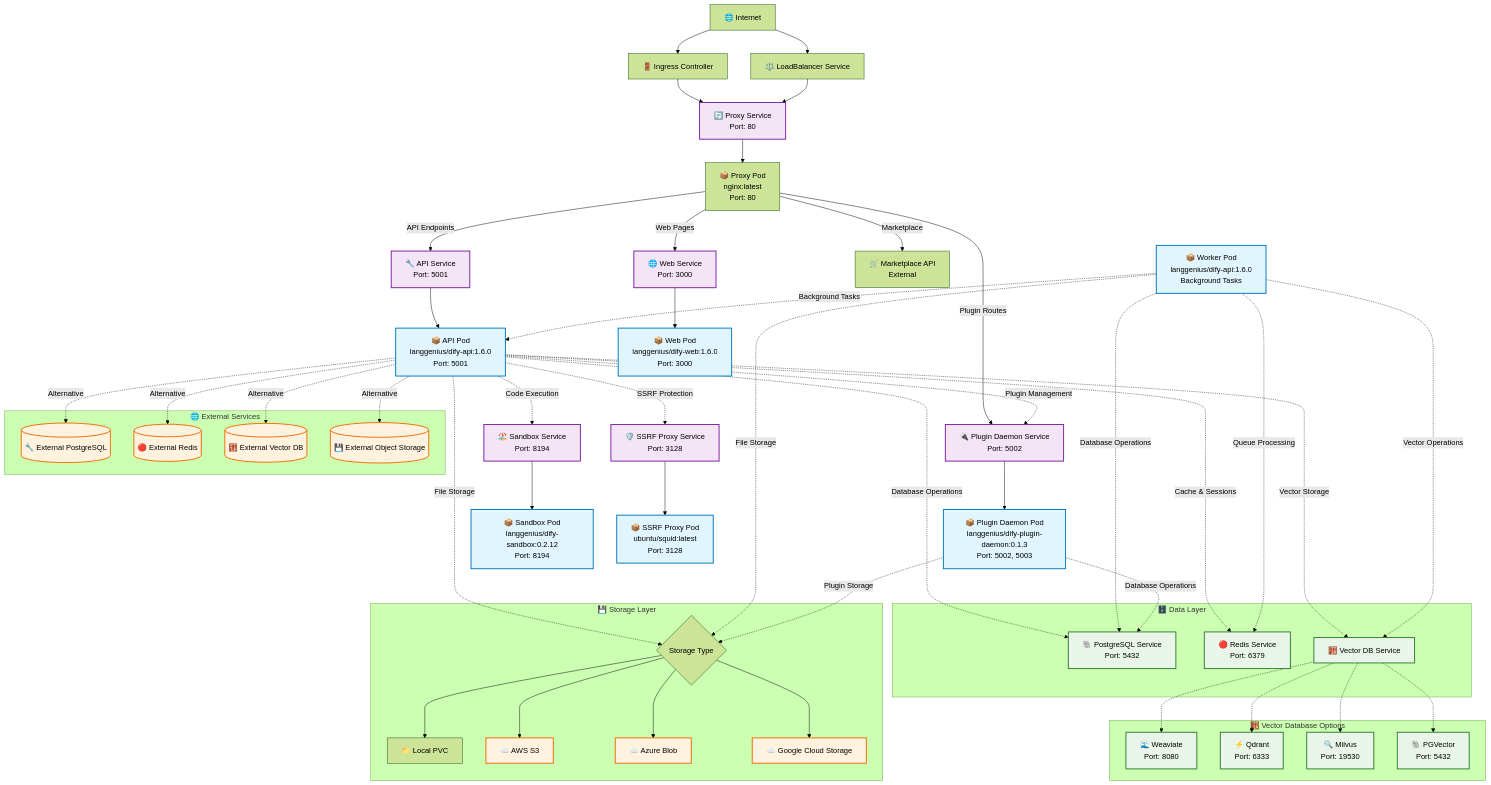
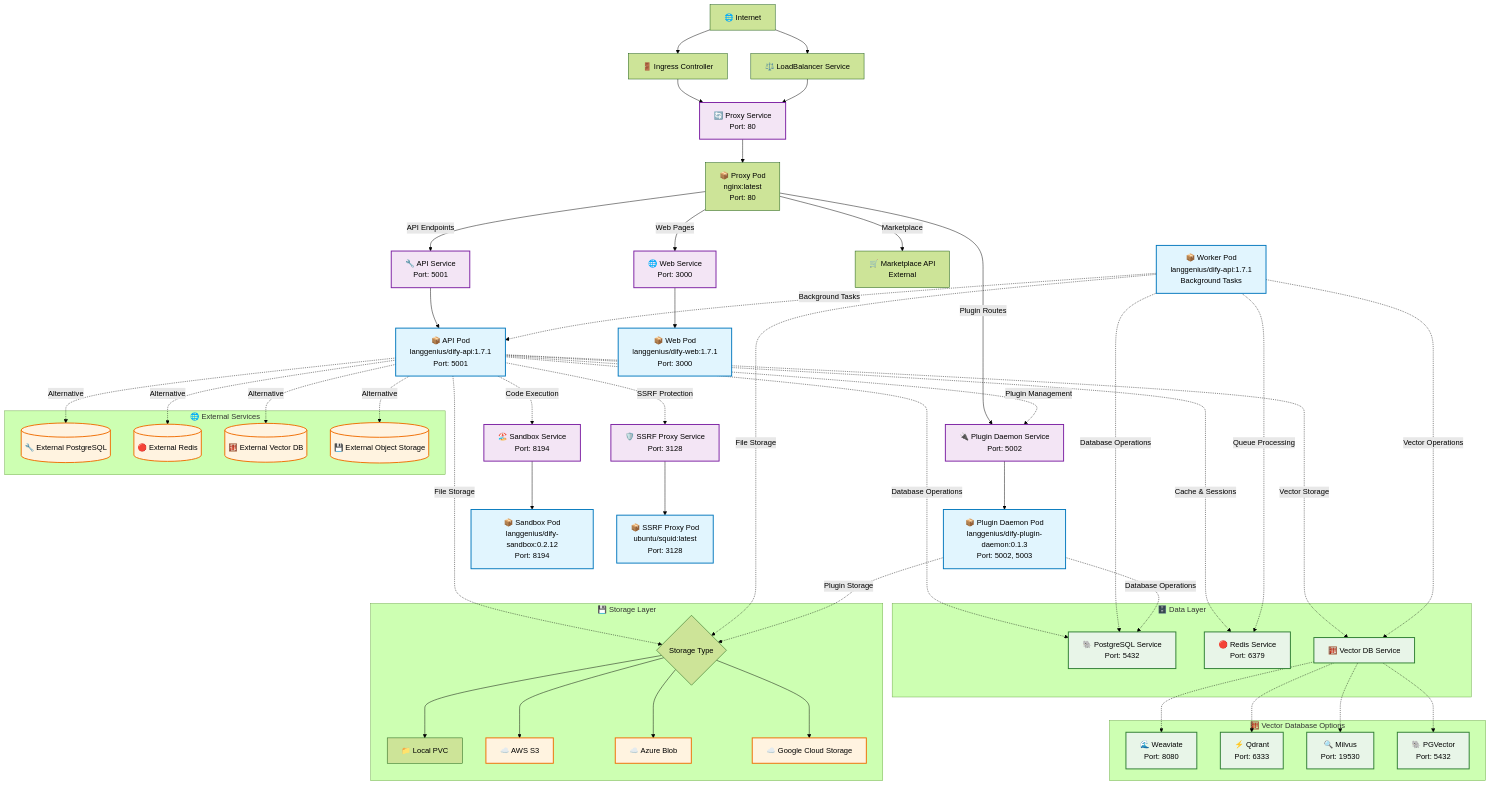
The diagram in README.md (BorisPolonsky/dify-helm), drawn with Mermaid (forest theme) before and after one commit. The commit also changed other lines of this file and 14 other files, not shown here.

```diff
--- a/README.md
+++ b/README.md
@@ -38,12 +38,12 @@
     ProxyPod -->|Marketplace| MarketplaceAPI[🛒 Marketplace API<br/>External]
 
     %% Backend Pods
-    APIService --> APIPod[📦 API Pod<br/>langgenius/dify-api:1.6.0<br/>Port: 5001]
-    WebService --> WebPod[📦 Web Pod<br/>langgenius/dify-web:1.6.0<br/>Port: 3000]
+    APIService --> APIPod[📦 API Pod<br/>langgenius/dify-api:1.7.1<br/>Port: 5001]
+    WebService --> WebPod[📦 Web Pod<br/>langgenius/dify-web:1.7.1<br/>Port: 3000]
     PluginService --> PluginPod[📦 Plugin Daemon Pod<br/>langgenius/dify-plugin-daemon:0.1.3<br/>Port: 5002, 5003]
 
     %% Worker Pod (Background Processing)
-    WorkerPod[📦 Worker Pod<br/>langgenius/dify-api:1.6.0<br/>Background Tasks]
+    WorkerPod[📦 Worker Pod<br/>langgenius/dify-api:1.7.1<br/>Background Tasks]
 
     %% Sandbox Service
     SandboxService[🏖️ Sandbox Service<br/>Port: 8194] --> SandboxPod[📦 Sandbox Pod<br/>langgenius/dify-sandbox:0.2.12<br/>Port: 8194]
```
